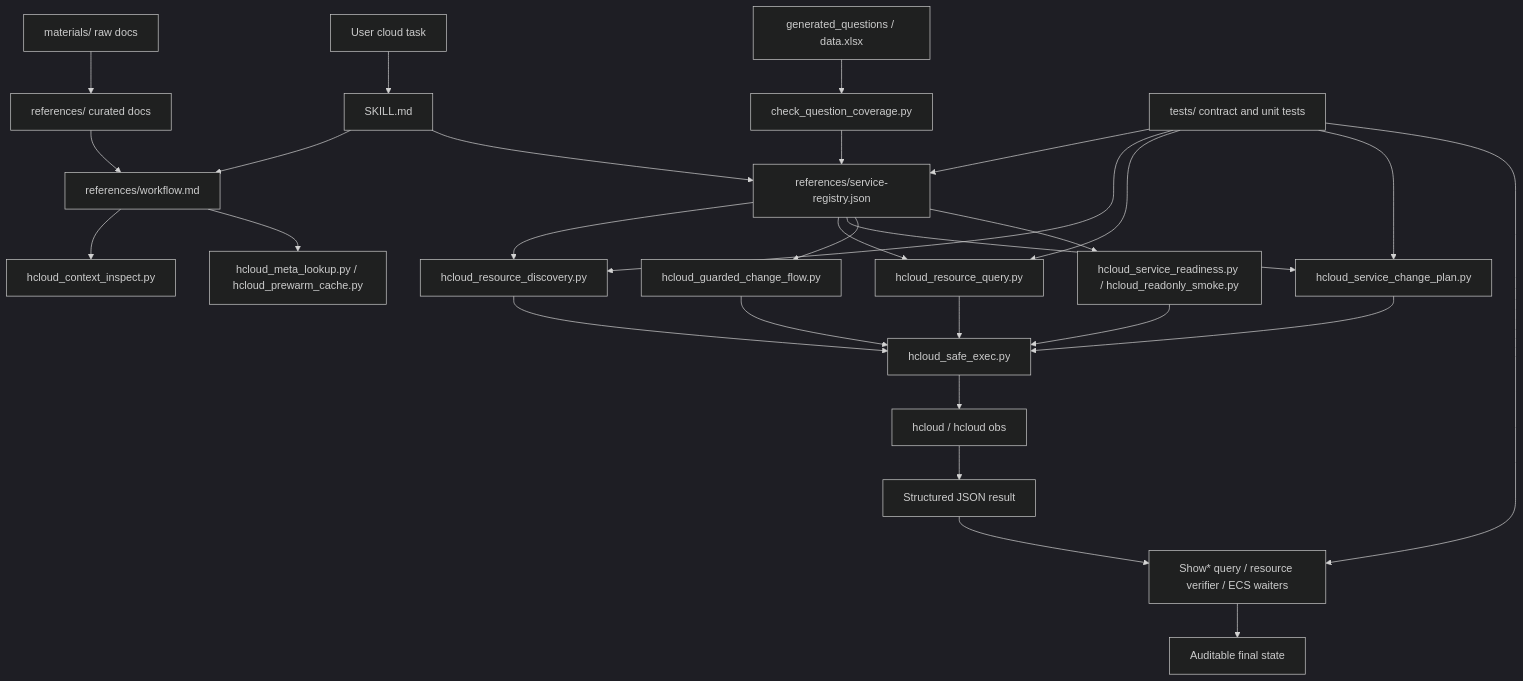
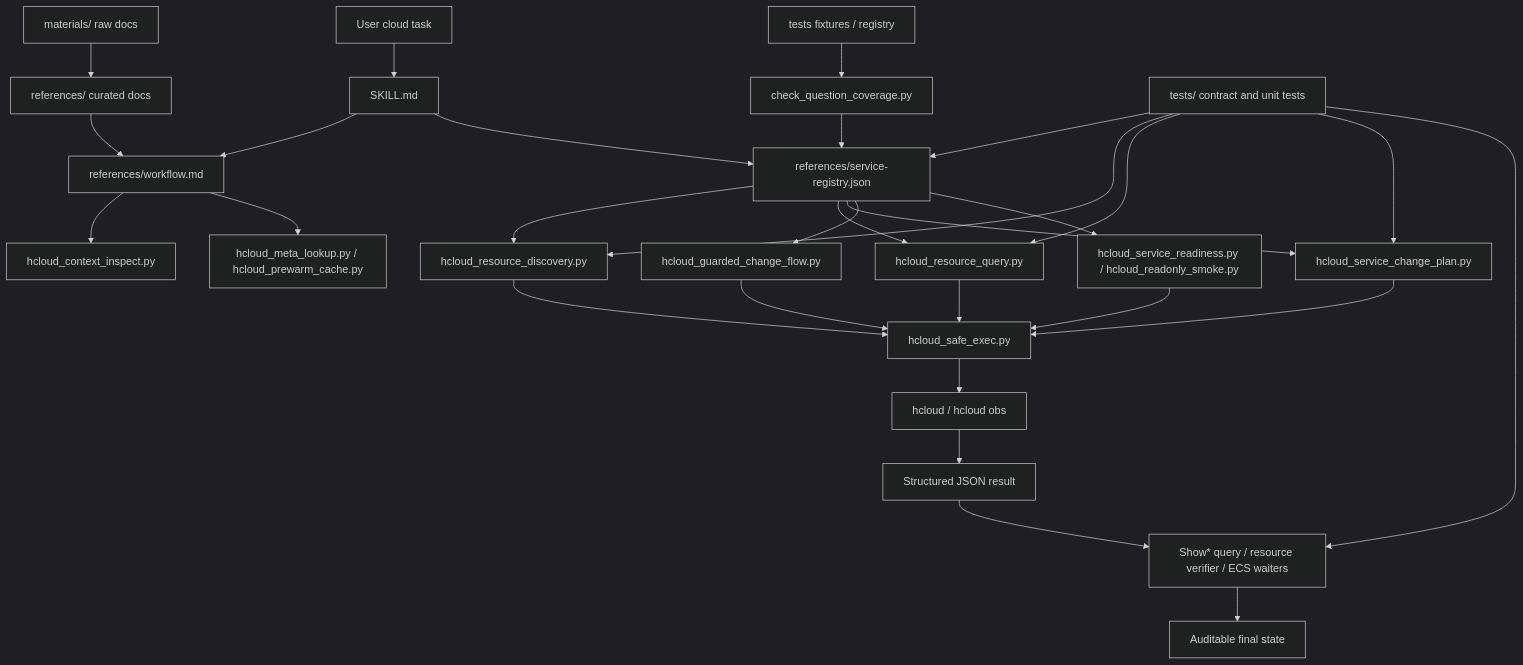
One commit to harryzhu123/huaweicloud-skill-latest changed the first of 4 diagrams in docs/architecture.md. Above: the diagram before and after it, drawn with Mermaid (dark theme). The commit also changed other lines of this file and 3 other files, not shown here.

````diff
--- a/docs/architecture.md
+++ b/docs/architecture.md
@@ -48,31 +48,31 @@
 ```mermaid
 flowchart TD
     UserTask["User cloud task"] --> Skill["SKILL.md"]
     Skill --> Workflow["references/workflow.md"]
     Skill --> Registry["references/service-registry.json"]
     Workflow --> Context["hcloud_context_inspect.py"]
     Workflow --> Meta["hcloud_meta_lookup.py / hcloud_prewarm_cache.py"]
     Registry --> Discovery["hcloud_resource_discovery.py"]
     Registry --> Query["hcloud_resource_query.py"]
     Registry --> ChangePlan["hcloud_service_change_plan.py"]
     Registry --> Guarded["hcloud_guarded_change_flow.py"]
     Registry --> Readiness["hcloud_service_readiness.py / hcloud_readonly_smoke.py"]
     Discovery --> SafeExec["hcloud_safe_exec.py"]
     Query --> SafeExec
     ChangePlan --> SafeExec
     Guarded --> SafeExec
     Readiness --> SafeExec
     SafeExec --> HCloud["hcloud / hcloud obs"]
     HCloud --> Result["Structured JSON result"]
     Result --> Verify["Show* query / resource verifier / ECS waiters"]
     Verify --> Report["Auditable final state"]
     Materials["materials/ raw docs"] --> References["references/ curated docs"]
     References --> Workflow
-    Datasets["generated_questions / data.xlsx"] --> CoverageGate["check_question_coverage.py"]
+    TestsInput["tests fixtures / registry"] --> CoverageGate["check_question_coverage.py"]
     CoverageGate --> Registry
     Tests["tests/ contract and unit tests"] --> Registry
     Tests --> Discovery
     Tests --> Query
     Tests --> ChangePlan
     Tests --> Verify
 ```
````
